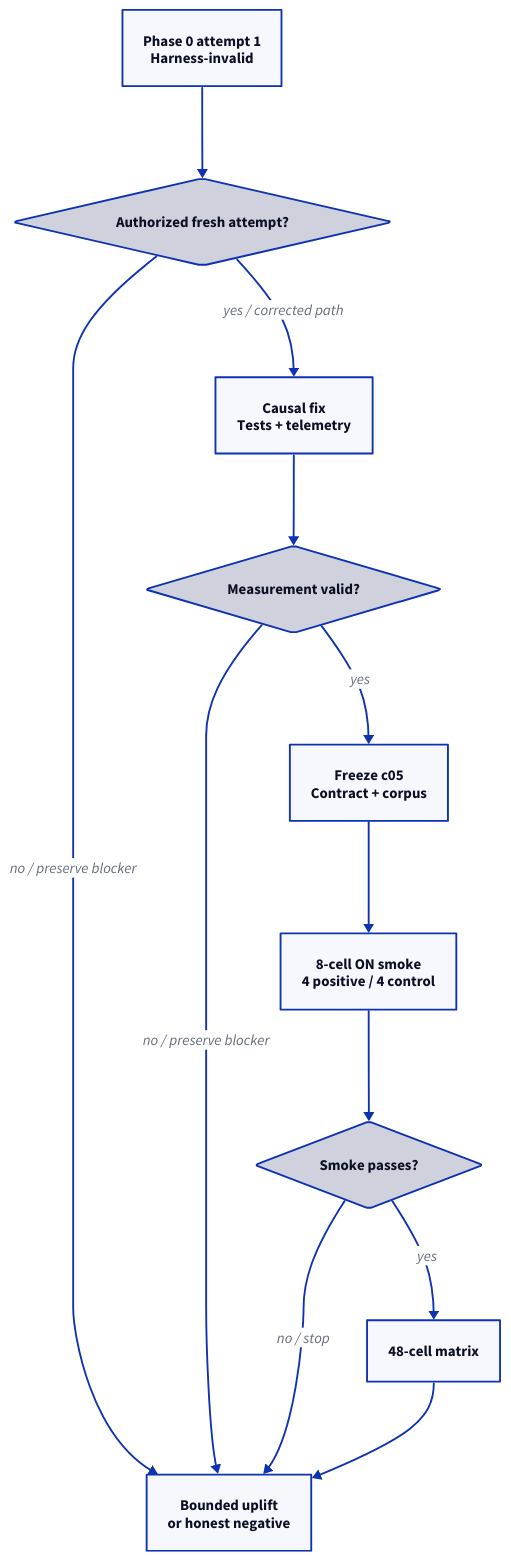
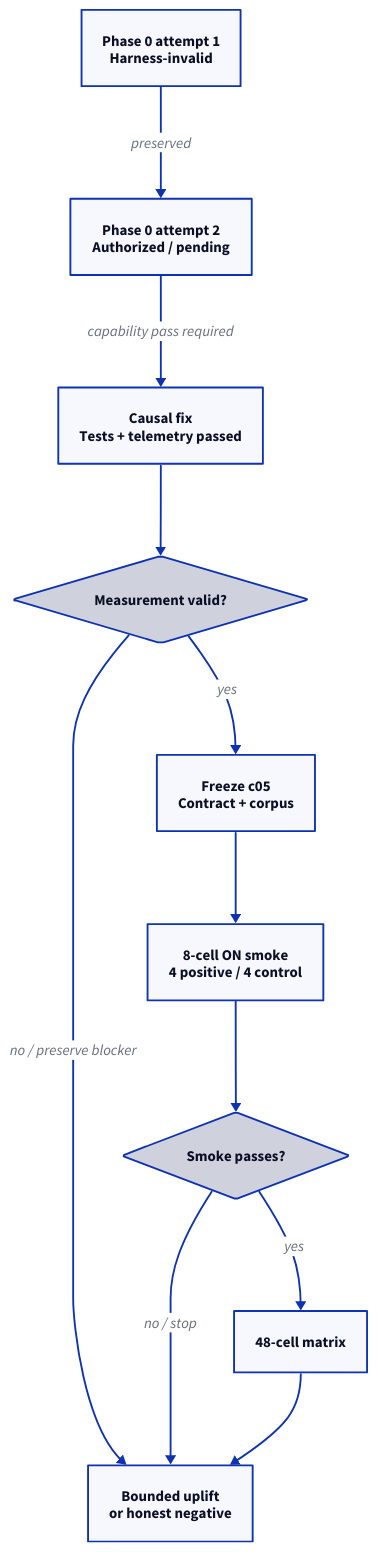
One commit to cgint/pi-ai-consortium changed the diagram in docs/c05-status.d2. Above: the diagram before and after it, drawn with D2. The commit also changed 7 other files, not shown here.

```diff
--- a/docs/c05-status.d2
+++ b/docs/c05-status.d2
@@ -1,23 +1,22 @@
 direction: down
 
 compat: "Phase 0 attempt 1\nHarness-invalid"
-unblock: "Authorized fresh attempt?" {shape: diamond}
-causal: "Causal fix\nTests + telemetry"
+attempt2: "Phase 0 attempt 2\nAuthorized / pending"
+causal: "Causal fix\nTests + telemetry passed"
 decision: "Measurement valid?" {shape: diamond}
 freeze: "Freeze c05\nContract + corpus"
 smoke: "8-cell ON smoke\n4 positive / 4 control"
 smoke_gate: "Smoke passes?" {shape: diamond}
 matrix: "48-cell matrix"
 closure: "Bounded uplift\nor honest negative"
 
-compat -> unblock
-unblock -> causal: yes / corrected path
-unblock -> closure: no / preserve blocker
+compat -> attempt2: preserved
+attempt2 -> causal: capability pass required
 causal -> decision
 decision -> freeze: yes
 decision -> closure: no / preserve blocker
 freeze -> smoke
 smoke -> smoke_gate
 smoke_gate -> matrix: yes
 smoke_gate -> closure: no / stop
 matrix -> closure
```
